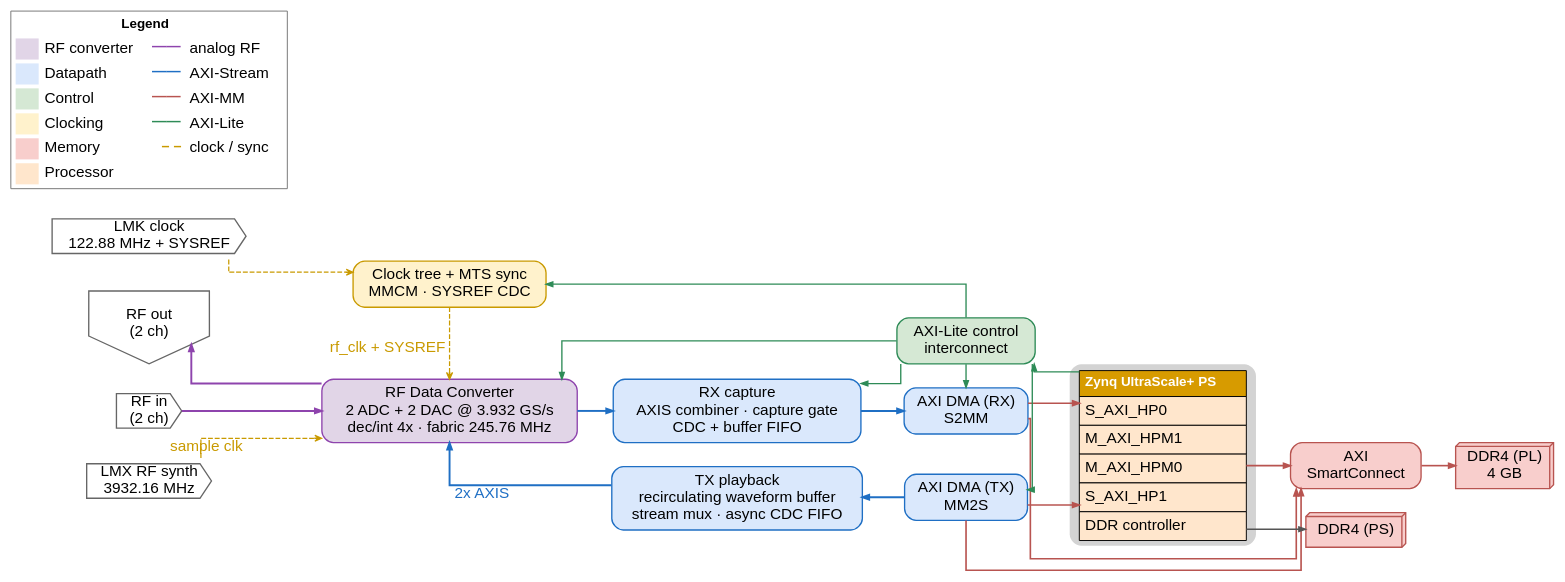
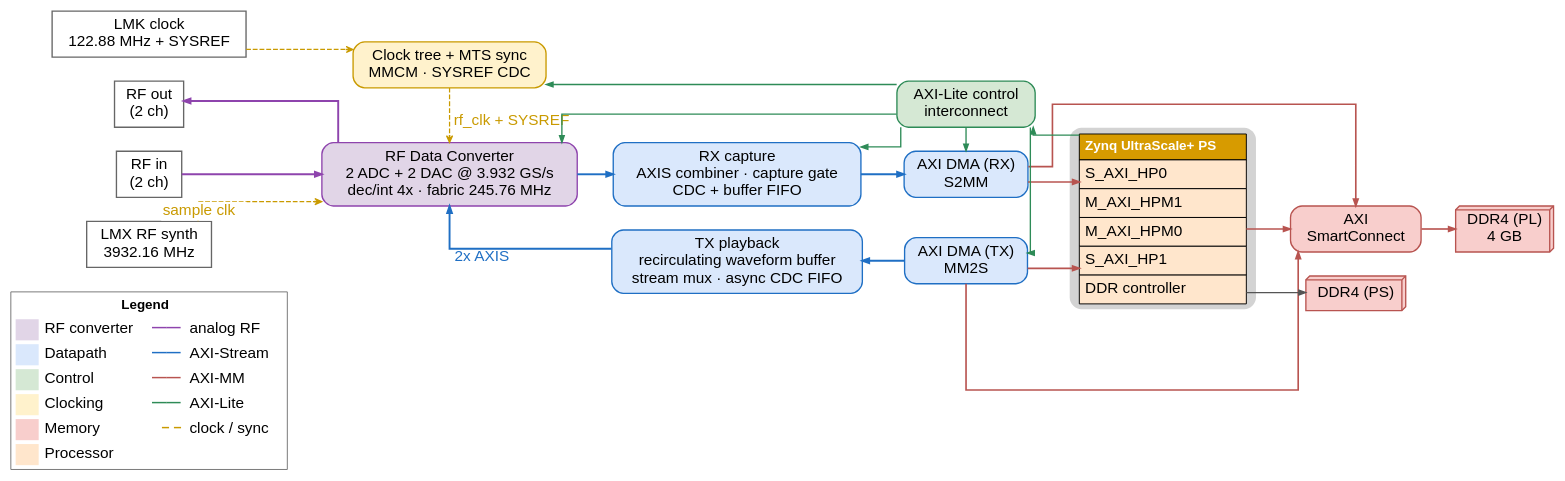
Before and after one commit to ali-rasteh/rfsoc-sdr: the diagram in vivado/sounder_bbf_sivers_ddr4_2x2/arch_diagrams/8_paper_system_architecture.dot, drawn with Graphviz. The commit also changed 5 other files, not shown here.

Commit message:
updated the fpga architecture block diagrams

```diff
--- a/vivado/sounder_bbf_sivers_ddr4_2x2/arch_diagrams/8_paper_system_architecture.dot
+++ b/vivado/sounder_bbf_sivers_ddr4_2x2/arch_diagrams/8_paper_system_architecture.dot
@@ -1,96 +1,102 @@
 digraph "paper_system_architecture" {
   graph [rankdir=LR, splines=ortho, nodesep=0.35, ranksep=0.5, fontname="Helvetica",
          bgcolor="white", forcelabels=true, pack=false];
   node  [fontname="Helvetica", fontsize=16, shape=box, style="filled,rounded",
          penwidth=1.4, margin="0.14,0.09"];
   edge  [fontname="Helvetica", fontsize=16, penwidth=1.4, arrowsize=0.7];
 
   /* ---------- nodes (declared top-to-bottom per column) ---------- */
-  "rf_in"   [label="RF in\n(2 ch)",  shape=cds,      fillcolor="#FFFFFF", color="#666666", style="filled", fontsize=16];
-  "rf_out"  [label="RF out\n(2 ch)", shape=invhouse, fillcolor="#FFFFFF", color="#666666", style="filled", fontsize=16];
-  "clk_lmx" [label="LMX RF synth\n3932.16 MHz",      shape=cds, fillcolor="#FFFFFF", color="#666666", style="filled", fontsize=16];
-  "clk_lmk" [label="LMK clock\n122.88 MHz + SYSREF", shape=cds, fillcolor="#FFFFFF", color="#666666", style="filled", fontsize=16];
+  /* external ports: plain square-cornered white boxes (distinct from the rounded fabric blocks) */
+  "rf_in"   [label="RF in\n(2 ch)",  shape=box,      fillcolor="#FFFFFF", color="#666666", style="filled", fontsize=16];
+  "rf_out"  [label="RF out\n(2 ch)", shape=box,      fillcolor="#FFFFFF", color="#666666", style="filled", fontsize=16];
+  "clk_lmx" [label="LMX RF synth\n3932.16 MHz",      shape=box, fillcolor="#FFFFFF", color="#666666", style="filled", fontsize=16];
+  "clk_lmk" [label="LMK clock\n122.88 MHz + SYSREF", shape=box, fillcolor="#FFFFFF", color="#666666", style="filled", fontsize=16];
 
   "rfdc" [label="RF Data Converter\n2 ADC + 2 DAC @ 3.932 GS/s\ndec/int 4x · fabric 245.76 MHz",
           fillcolor="#E1D5E7", color="#8E44AD"];
   "clktree" [label="Clock tree + MTS sync\nMMCM · SYSREF CDC", fillcolor="#FFF2CC", color="#C99A00"];
 
   "rx_cap" [label="RX capture\nAXIS combiner · capture gate\nCDC + buffer FIFO", fillcolor="#DAE8FC", color="#1F6FC4"];
   "tx_pb"  [label="TX playback\nrecirculating waveform buffer\nstream mux · async CDC FIFO", fillcolor="#DAE8FC", color="#1F6FC4"];
 
   "dma_rx" [label="AXI DMA (RX)\nS2MM", fillcolor="#DAE8FC", color="#1F6FC4"];
   "ctrl"   [label="AXI-Lite control\ninterconnect", fillcolor="#D5E8D4", color="#2E8B57"];
   "dma_tx" [label="AXI DMA (TX)\nMM2S", fillcolor="#DAE8FC", color="#1F6FC4"];
 
   "ps" [shape=plaintext, label=<<table border="0" cellborder="1" cellspacing="0" cellpadding="5" bgcolor="white">
     <tr><td bgcolor="#D79B00"><font color="white" point-size="14"><b>Zynq UltraScale+ PS</b></font></td></tr>
     <tr><td port="hp0"  align="left" bgcolor="#FFE6CC"><font point-size="16">S_AXI_HP0</font></td></tr>
     <tr><td port="hpm1" align="left" bgcolor="#FFE6CC"><font point-size="16">M_AXI_HPM1</font></td></tr>
     <tr><td port="hpm0" align="left" bgcolor="#FFE6CC"><font point-size="16">M_AXI_HPM0</font></td></tr>
     <tr><td port="hp1"  align="left" bgcolor="#FFE6CC"><font point-size="16">S_AXI_HP1</font></td></tr>
     <tr><td port="ddrc" align="left" bgcolor="#FFE6CC"><font point-size="16">DDR controller</font></td></tr>
   </table>>];
 
   "sc"     [label="AXI\nSmartConnect", fillcolor="#F8CECC", color="#B85450"];
   "ddr4ps" [label="DDR4 (PS)", shape=box3d, style="filled", fillcolor="#F8CECC", color="#B85450"];
   "ddr4pl" [label="DDR4 (PL)\n4 GB", shape=box3d, style="filled", fillcolor="#F8CECC", color="#B85450"];
 
   /* ---------- rank columns ---------- */
-  { rank=same; "rf_in"; "rf_out"; "clk_lmx"; "clk_lmk"; }
+  /* legend sits below the external-input column: fills dead space without widening the canvas */
+  { rank=same; "rf_in"; "rf_out"; "clk_lmx"; "clk_lmk"; "legend"; }
   "clk_lmk" -> "rf_out" [style=invis];
   "rf_out" -> "rf_in"   [style=invis];
   "rf_in" -> "clk_lmx"  [style=invis];
+  "clk_lmx" -> "legend" [style=invis];
   { rank=same; "rfdc"; "clktree"; }
   { rank=same; "rx_cap"; "tx_pb"; }
   { rank=same; "dma_rx"; "ctrl"; "dma_tx"; }
   { rank=same; "sc"; "ddr4ps"; }
 
   /* ---------- analog RF ---------- */
   "rf_in" -> "rfdc" [color="#8E44AD", style=solid, penwidth=2.0, weight=8];
   "rfdc" -> "rf_out" [color="#8E44AD", style=solid, penwidth=2.0, constraint=false, weight=8];
 
   /* ---------- AXI-Stream data ---------- */
   "rfdc" -> "rx_cap" [color="#1F6FC4", style=solid, penwidth=2.0, xlabel="", fontcolor="#1F6FC4"];
   "rx_cap" -> "dma_rx" [color="#1F6FC4", style=solid, penwidth=2.0];
   "dma_tx" -> "tx_pb" [color="#1F6FC4", style=solid, penwidth=2.0, constraint=false];
   "tx_pb" -> "rfdc" [color="#1F6FC4", style=solid, penwidth=2.0, xlabel="2x AXIS", fontcolor="#1F6FC4", constraint=false];
 
   /* ---------- AXI-MM memory ---------- */
   "dma_rx" -> "ps":"hp0":w [color="#B85450", style=solid, penwidth=1.7];
   "dma_tx" -> "ps":"hp1":w [color="#B85450", style=solid, penwidth=1.7];
   "dma_rx" -> "sc" [color="#B85450", style=solid, penwidth=1.7];
   "dma_tx" -> "sc" [color="#B85450", style=solid, penwidth=1.7];
   "ps":"hpm0":e -> "sc" [color="#B85450", style=solid, penwidth=1.7];
   "sc" -> "ddr4pl" [color="#B85450", style=solid, penwidth=1.7];
   "ps":"ddrc":e -> "ddr4ps" [color="#555555", style=solid, penwidth=1.4];
 
   /* ---------- AXI-Lite control ---------- */
   "ps":"hpm1":w -> "ctrl" [color="#2E8B57", style=solid, penwidth=1.4, constraint=false];
   "ctrl" -> "rfdc"    [color="#2E8B57", style=solid, penwidth=1.4, constraint=false];
   "ctrl" -> "rx_cap"  [color="#2E8B57", style=solid, penwidth=1.4, constraint=false];
   "ctrl" -> "dma_rx"  [color="#2E8B57", style=solid, penwidth=1.4];
   "ctrl" -> "dma_tx"  [color="#2E8B57", style=solid, penwidth=1.4];
   "ctrl" -> "clktree" [color="#2E8B57", style=solid, penwidth=1.4, constraint=false];
 
   /* ---------- clocking ---------- */
   "clk_lmk" -> "clktree" [color="#C99A00", style=dashed, penwidth=1.3, arrowhead=vee];
-  "clktree" -> "rfdc" [color="#C99A00", style=dashed, penwidth=1.3, arrowhead=vee, xlabel="rf_clk + SYSREF", fontcolor="#C99A00"];
-  "clk_lmx" -> "rfdc" [color="#C99A00", style=dashed, penwidth=1.3, arrowhead=vee, xlabel="sample clk", fontcolor="#C99A00"];
+  /* leading newline keeps this label off the analog RF run into rf_out */
+  "clktree" -> "rfdc" [color="#C99A00", style=dashed, penwidth=1.3, arrowhead=vee, xlabel="\nrf_clk + SYSREF", fontcolor="#C99A00"];
+  /* this label lands on its own vertical stub: opaque box breaks the line behind the text */
+  "clk_lmx" -> "rfdc" [color="#C99A00", style=dashed, penwidth=1.3, arrowhead=vee,
+                       xlabel=<<table border="0" cellborder="0" cellspacing="0" cellpadding="1" bgcolor="white"><tr><td><font color="#C99A00" point-size="16">sample clk</font></td></tr></table>>];
 
   /* ---------- legend ---------- */
   "legend" [shape=plaintext, margin=0, label=<<table border="1" color="#777777" cellborder="0" cellspacing="4" cellpadding="2" bgcolor="white">
     <tr><td colspan="4" align="center"><font point-size="14"><b>Legend</b></font></td></tr>
     <tr><td bgcolor="#E1D5E7" width="24"><font point-size="4"> </font></td><td align="left"><font point-size="16">RF converter</font></td>
         <td align="right"><font color="#8E44AD" point-size="15"><b>&#8213;&#8213;</b></font></td><td align="left"><font point-size="16">analog RF</font></td></tr>
     <tr><td bgcolor="#DAE8FC" width="24"><font point-size="4"> </font></td><td align="left"><font point-size="16">Datapath</font></td>
         <td align="right"><font color="#1F6FC4" point-size="15"><b>&#8213;&#8213;</b></font></td><td align="left"><font point-size="16">AXI-Stream</font></td></tr>
     <tr><td bgcolor="#D5E8D4" width="24"><font point-size="4"> </font></td><td align="left"><font point-size="16">Control</font></td>
         <td align="right"><font color="#B85450" point-size="15"><b>&#8213;&#8213;</b></font></td><td align="left"><font point-size="16">AXI-MM</font></td></tr>
     <tr><td bgcolor="#FFF2CC" width="24"><font point-size="4"> </font></td><td align="left"><font point-size="16">Clocking</font></td>
         <td align="right"><font color="#2E8B57" point-size="15"><b>&#8213;&#8213;</b></font></td><td align="left"><font point-size="16">AXI-Lite</font></td></tr>
     <tr><td bgcolor="#F8CECC" width="24"><font point-size="4"> </font></td><td align="left"><font point-size="16">Memory</font></td>
         <td align="right"><font color="#C99A00" point-size="15"><b>&#8211; &#8211;</b></font></td><td align="left"><font point-size="16">clock / sync</font></td></tr>
     <tr><td bgcolor="#FFE6CC" width="24"><font point-size="4"> </font></td><td align="left"><font point-size="16">Processor</font></td>
         <td> </td><td> </td></tr>
   </table>>];
 }
```
